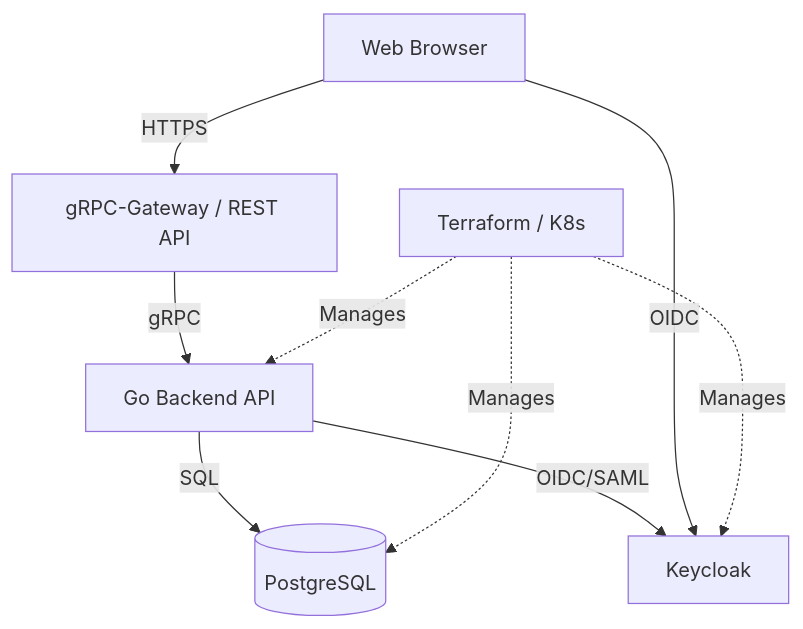
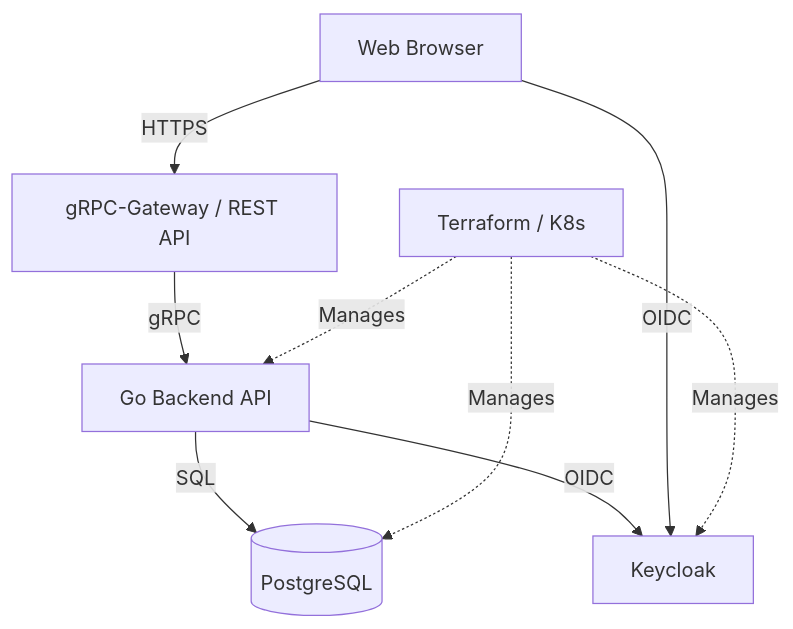
The diagram in README.ja.md (linzhengen/hub), drawn with Mermaid before and after one commit. The commit also changed other lines of this file and 8 other files, not shown here.

````diff
--- a/README.ja.md
+++ b/README.ja.md
@@ -23,11 +35,11 @@
 ```mermaid
 graph TD
     Client[Web Browser] -->|HTTPS| Gateway[gRPC-Gateway / REST API]
     Gateway -->|gRPC| Server[Go Backend API]
     Server -->|SQL| DB[(PostgreSQL)]
-    Server -->|OIDC/SAML| Auth[Keycloak]
+    Server -->|OIDC| Auth[Keycloak]
     Client -->|OIDC| Auth
     Infra[Terraform / K8s] -.->|Manages| Server
     Infra -.->|Manages| Auth
     Infra -.->|Manages| DB
 ```
````
